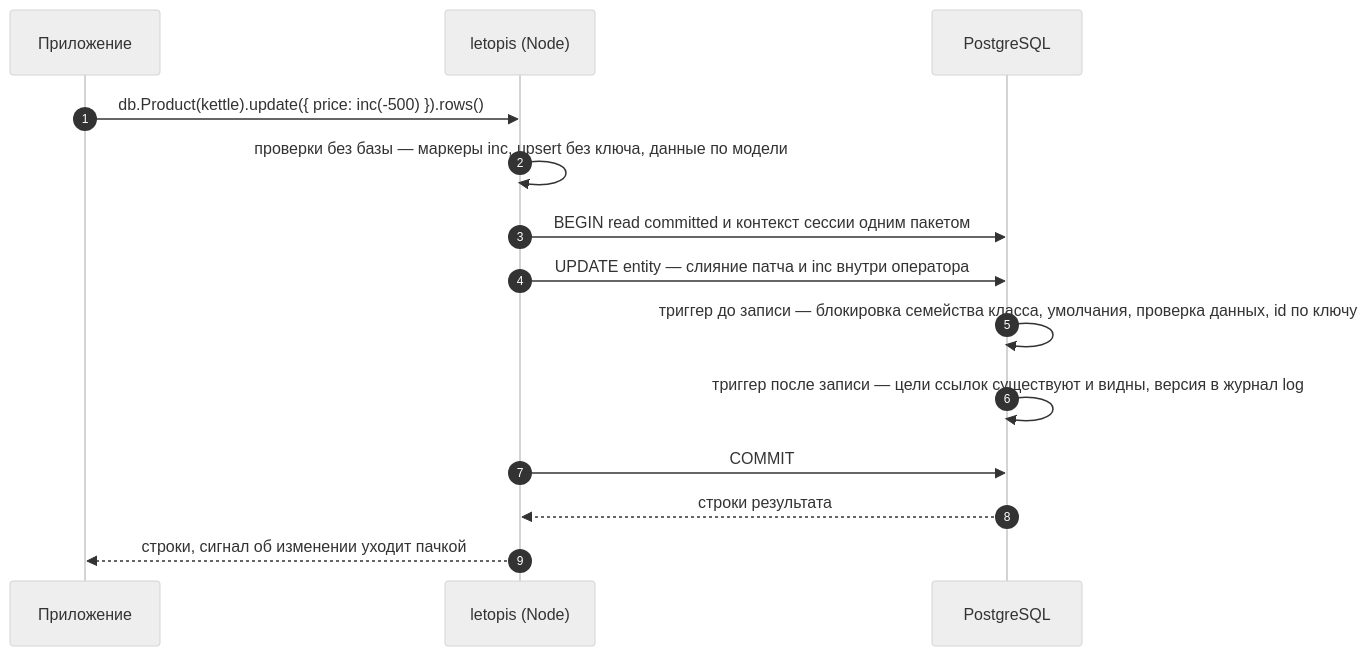
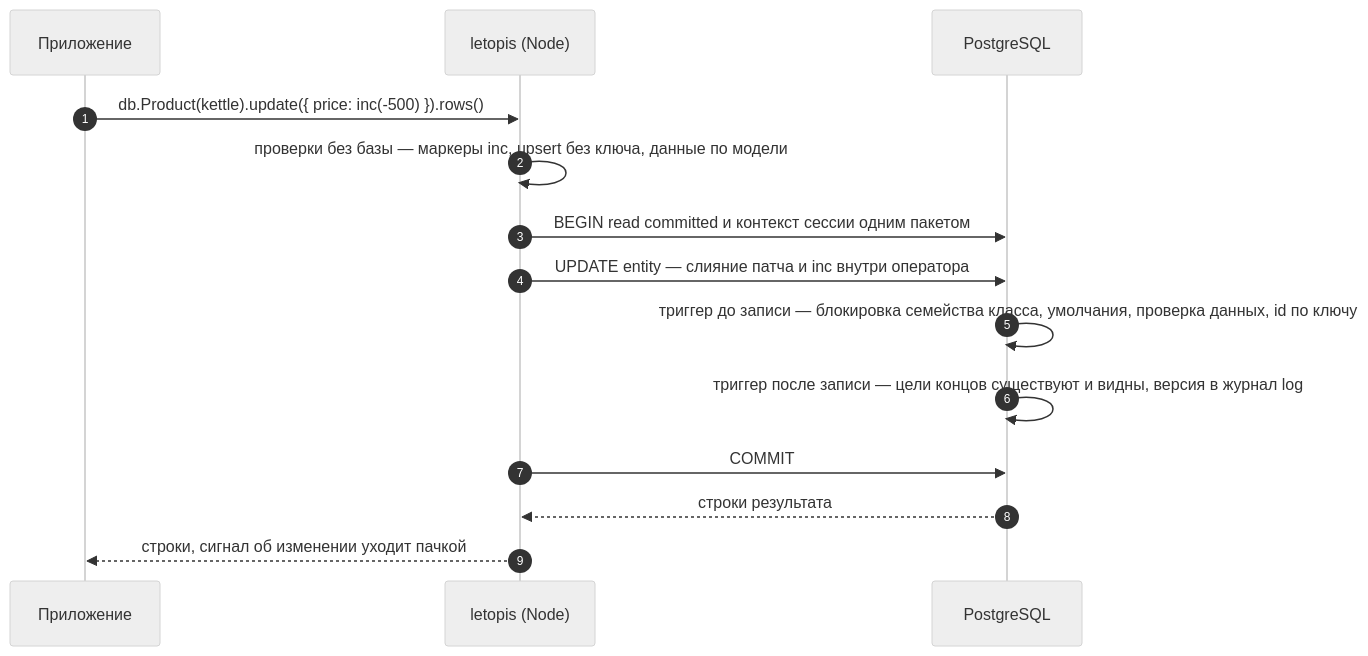
The diagram in guide/pages/write/index.md (alepri51/letopis), drawn with Mermaid (neutral theme) before and after one commit. The commit also changed other lines of this file and 97 other files, not shown here.

````diff
--- a/guide/pages/write/index.md
+++ b/guide/pages/write/index.md
@@ -32,16 +32,16 @@
 ```mermaid
 sequenceDiagram
   autonumber
   participant App as Приложение
   participant Lib as letopis (Node)
   participant DB as PostgreSQL
   App->>Lib: db.Product(kettle).update({ price: inc(-500) }).rows()
   Lib->>Lib: проверки без базы — маркеры inc, upsert без ключа, данные по модели
   Lib->>DB: BEGIN read committed и контекст сессии одним пакетом
   Lib->>DB: UPDATE entity — слияние патча и inc внутри оператора
   DB->>DB: триггер до записи — блокировка семейства класса, умолчания, проверка данных, id по ключу
-  DB->>DB: триггер после записи — цели ссылок существуют и видны, версия в журнал log
+  DB->>DB: триггер после записи — цели концов существуют и видны, версия в журнал log
   Lib->>DB: COMMIT
   DB-->>Lib: строки результата
   Lib-->>App: строки, сигнал об изменении уходит пачкой
 ```
````
